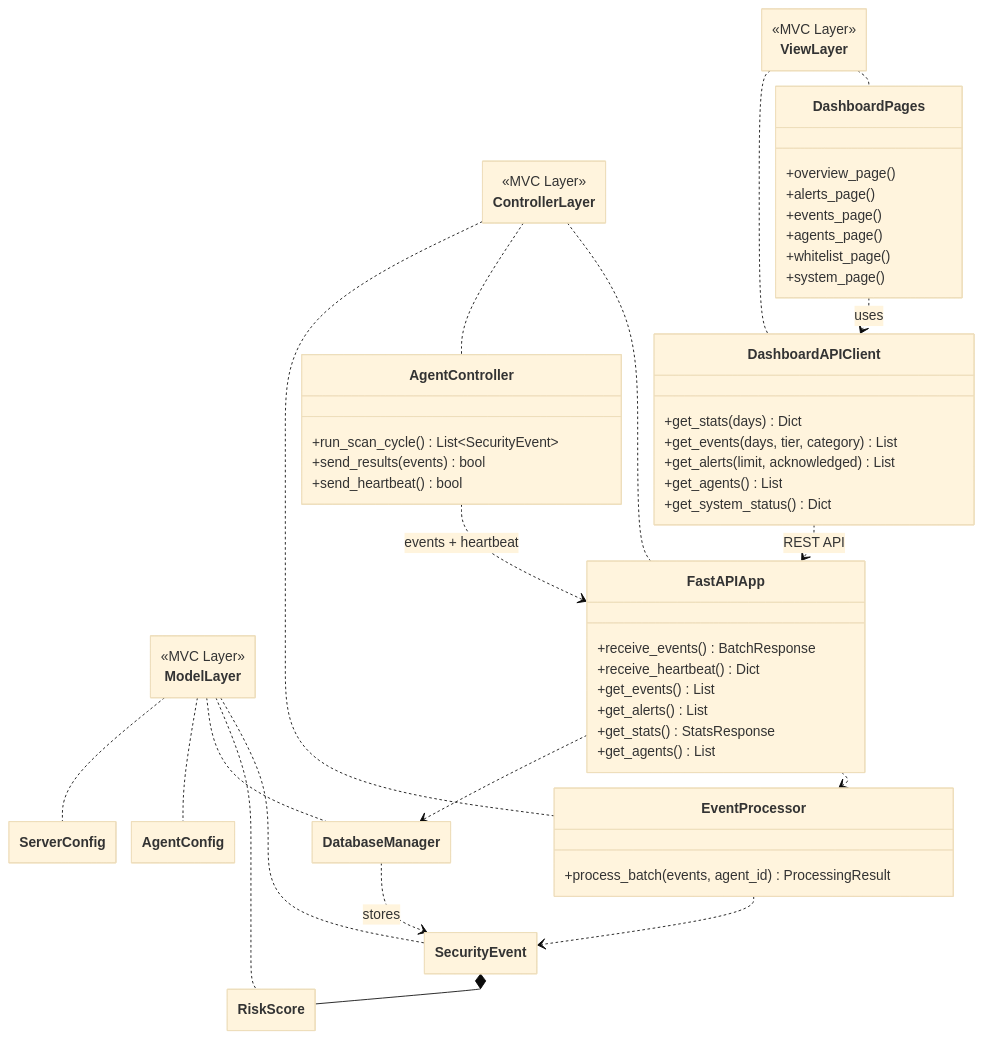
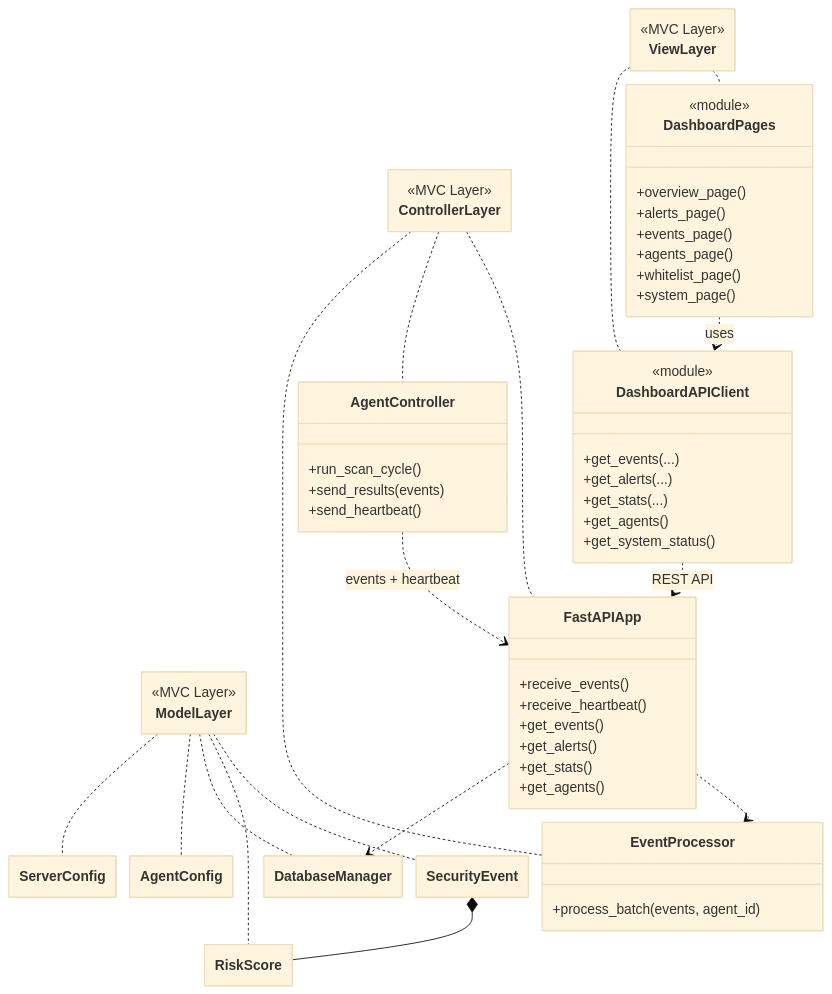
The third of 4 diagrams in uml4.md (kupetsovkn24-lgtm/HIDS), drawn with Mermaid before and after one commit. The commit also changed other lines of this file, not shown here.

Commit message:
Refactor UML diagrams and improve formatting

````diff
--- a/uml4.md
+++ b/uml4.md
@@ -156,73 +158,73 @@
 ```mermaid
-%%{init: {"theme":"base","flowchart":{"nodeSpacing":18,"rankSpacing":18},"class":{"hideEmptyMembersBox":true}}}%%
+%%{init: {"theme":"base","flowchart":{"nodeSpacing":16,"rankSpacing":16},"class":{"hideEmptyMembersBox":true}}}%%
 classDiagram
 direction TB
 
 class ViewLayer { <<MVC Layer>> }
 class ControllerLayer { <<MVC Layer>> }
 class ModelLayer { <<MVC Layer>> }
 
 class DashboardPages {
+  <<module>>
   +overview_page()
   +alerts_page()
   +events_page()
   +agents_page()
   +whitelist_page()
   +system_page()
 }
 
 class DashboardAPIClient {
-  +get_stats(days) Dict
-  +get_events(days, tier, category) List
-  +get_alerts(limit, acknowledged) List
-  +get_agents() List
-  +get_system_status() Dict
+  <<module>>
+  +get_events(...)
+  +get_alerts(...)
+  +get_stats(...)
+  +get_agents()
+  +get_system_status()
 }
 
 class FastAPIApp {
-  +receive_events() BatchResponse
-  +receive_heartbeat() Dict
-  +get_events() List
-  +get_alerts() List
-  +get_stats() StatsResponse
-  +get_agents() List
+  +receive_events()
+  +receive_heartbeat()
+  +get_events()
+  +get_alerts()
+  +get_stats()
+  +get_agents()
 }
 
 class AgentController {
-  +run_scan_cycle() List~SecurityEvent~
-  +send_results(events) bool
-  +send_heartbeat() bool
+  +run_scan_cycle()
+  +send_results(events)
+  +send_heartbeat()
 }
 
 class EventProcessor {
-  +process_batch(events, agent_id) ProcessingResult
+  +process_batch(events, agent_id)
 }
 
 class SecurityEvent
 class RiskScore
 class DatabaseManager
 class AgentConfig
 class ServerConfig
 
 ViewLayer .. DashboardPages
 ViewLayer .. DashboardAPIClient
 
 ControllerLayer .. FastAPIApp
 ControllerLayer .. AgentController
 ControllerLayer .. EventProcessor
 
 ModelLayer .. SecurityEvent
 ModelLayer .. RiskScore
 ModelLayer .. DatabaseManager
 ModelLayer .. AgentConfig
 ModelLayer .. ServerConfig
 
 DashboardPages ..> DashboardAPIClient : uses
 DashboardAPIClient ..> FastAPIApp : REST API
 AgentController ..> FastAPIApp : events + heartbeat
 FastAPIApp ..> EventProcessor
 FastAPIApp ..> DatabaseManager
-EventProcessor ..> SecurityEvent
 SecurityEvent *-- RiskScore
-DatabaseManager ..> SecurityEvent : stores
 ```
````
